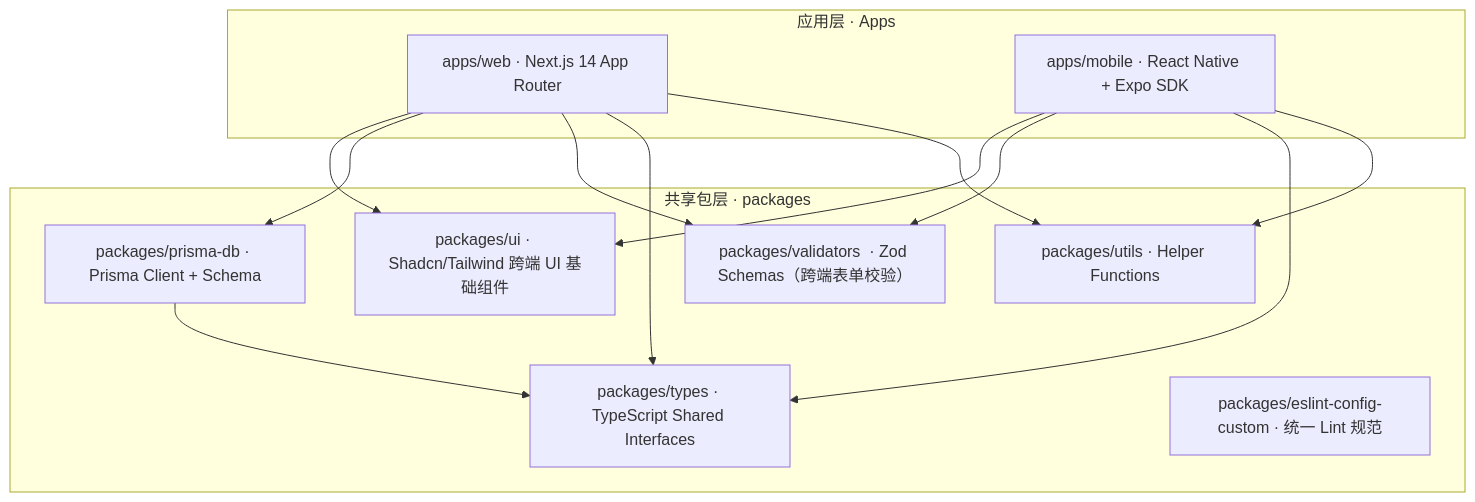
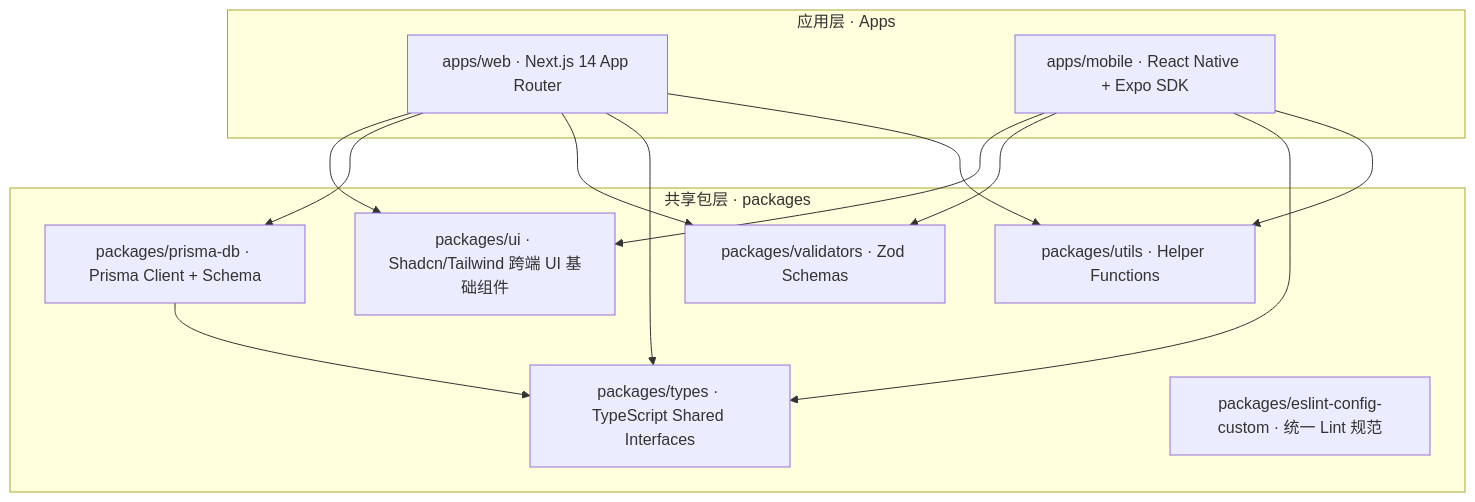
The first of 3 diagrams in .github/README.md (MeiSiristhebest/recipe-planner-app), drawn with Mermaid before and after one commit. The commit also changed 2 other files, not shown here.

Commit message:
docs: fix Mermaid graph syntax by quoting labels and removing inline semicolons

````diff
--- a/.github/README.md
+++ b/.github/README.md
@@ -183,20 +183,27 @@
 ```mermaid
 graph TD
-    subgraph Apps [应用层 · Apps]
-      W[apps/web · Next.js 14 App Router]
-      M[apps/mobile · React Native + Expo SDK]
+    subgraph Apps["应用层 · Apps"]
+      W["apps/web · Next.js 14 App Router"]
+      M["apps/mobile · React Native + Expo SDK"]
     end
 
-    subgraph Pkgs [共享包层 · packages]
-      UI[packages/ui · Shadcn/Tailwind 跨端 UI 基础组件]
-      DB[packages/prisma-db · Prisma Client + Schema]
-      V[packages/validators  · Zod Schemas（跨端表单校验）]
-      T[packages/types · TypeScript Shared Interfaces]
-      U[packages/utils · Helper Functions]
-      L[packages/eslint-config-custom · 统一 Lint 规范]
+    subgraph Pkgs["共享包层 · packages"]
+      UI["packages/ui · Shadcn/Tailwind 跨端 UI 基础组件"]
+      DB["packages/prisma-db · Prisma Client + Schema"]
+      V["packages/validators · Zod Schemas"]
+      T["packages/types · TypeScript Shared Interfaces"]
+      U["packages/utils · Helper Functions"]
+      L["packages/eslint-config-custom · 统一 Lint 规范"]
     end
 
-    W --> UI; W --> DB; W --> V; W --> T; W --> U
-    M --> UI; M --> V; M --> T; M --> U
+    W --> UI
+    W --> DB
+    W --> V
+    W --> T
+    W --> U
+    M --> UI
+    M --> V
+    M --> T
+    M --> U
     DB --> T
 ```
````
